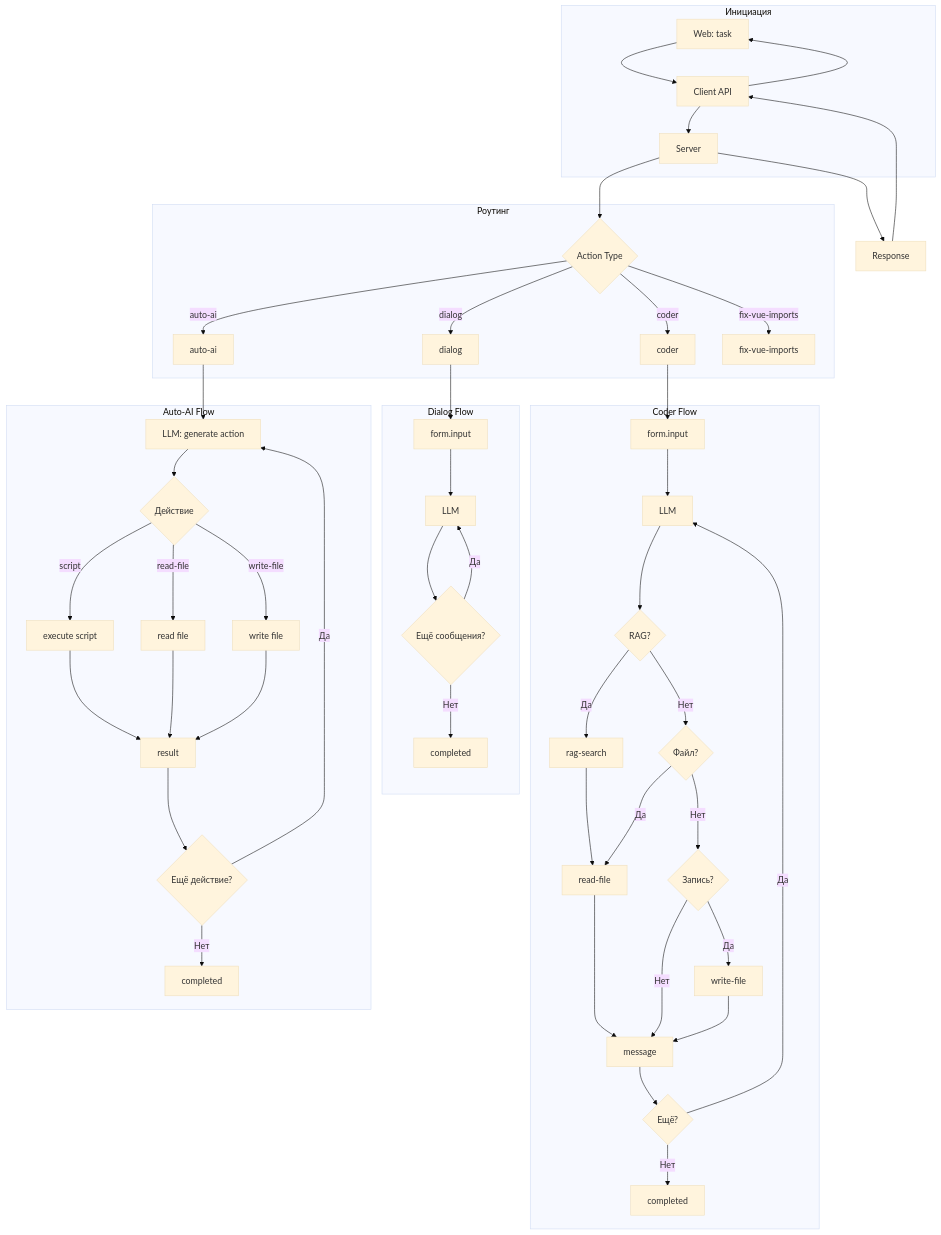
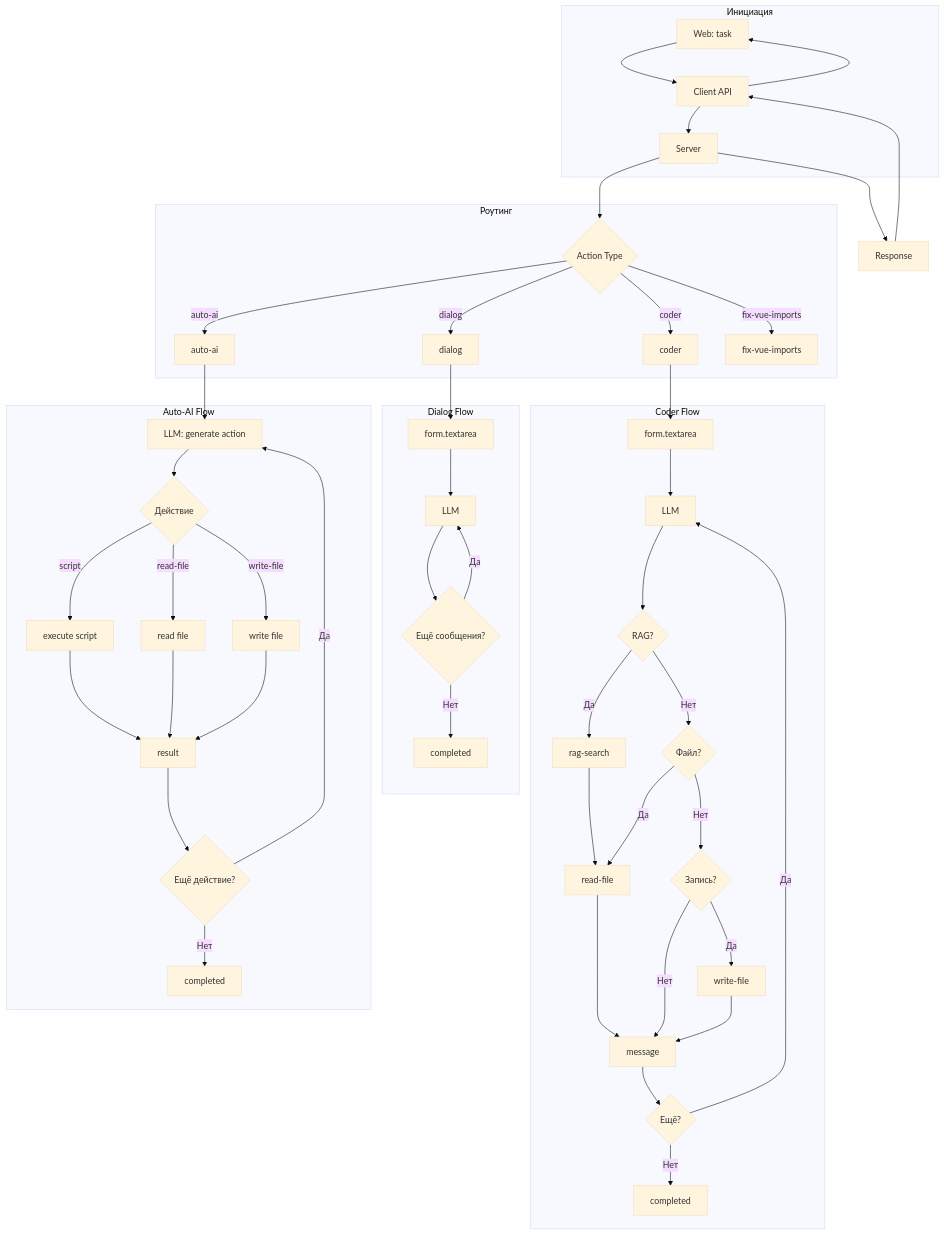
The diagram in docs/new-request-flow/PROTOCOLS/STAGES/simulations/OVERVIEW.md (donkeyhotshow/a2a-script-agent-autonomy), drawn with Mermaid (base theme) before and after one commit. The commit also changed other lines of this file and 126 other files, not shown here.

````diff
--- a/docs/new-request-flow/PROTOCOLS/STAGES/simulations/OVERVIEW.md
+++ b/docs/new-request-flow/PROTOCOLS/STAGES/simulations/OVERVIEW.md
@@ -150,59 +150,59 @@
 ```mermaid
 flowchart TD
     subgraph Init [Инициация]
         A[Web: task] --> B[Client API]
         B --> C[Server]
     end
     
     subgraph Router [Роутинг]
         C --> D{Action Type}
         D -->|dialog| E[dialog]
         D -->|coder| F[coder]
         D -->|auto-ai| G[auto-ai]
         D -->|fix-vue-imports| H[fix-vue-imports]
     end
     
     subgraph DialogFlow [Dialog Flow]
-        E --> E1[form.input]
+        E --> E1[form.textarea]
         E1 --> E2[LLM]
         E2 --> E3{Ещё сообщения?}
         E3 -->|Да| E2
         E3 -->|Нет| E4[completed]
     end
     
     subgraph CoderFlow [Coder Flow]
-        F --> F1[form.input]
+        F --> F1[form.textarea]
         F1 --> F2[LLM]
         F2 --> F3{RAG?}
         F3 -->|Да| F4[rag-search]
         F3 -->|Нет| F5{Файл?}
         F4 --> F6[read-file]
         F5 -->|Да| F6
         F5 -->|Нет| F7{Запись?}
         F6 --> F8[message]
         F7 -->|Да| F9[write-file]
         F7 -->|Нет| F8
         F9 --> F8
         F8 --> F10{Ещё?}
         F10 -->|Да| F2
         F10 -->|Нет| F11[completed]
     end
     
     subgraph AutoAiFlow [Auto-AI Flow]
         G --> G1[LLM: generate action]
         G1 --> G2{Действие}
         G2 -->|script| G3[execute script]
         G2 -->|read-file| G4[read file]
         G2 -->|write-file| G5[write file]
         G3 --> G6[result]
         G4 --> G6
         G5 --> G6
         G6 --> G7{Ещё действие?}
         G7 -->|Да| G1
         G7 -->|Нет| G8[completed]
     end
     
     C --> I[Response]
     I --> B
     B --> A
 ```
````
